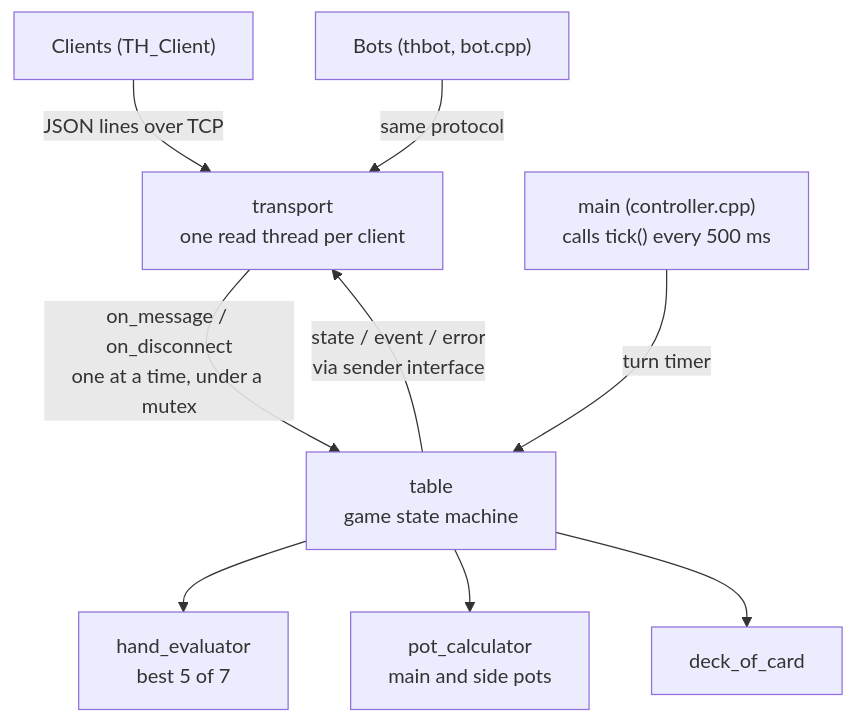
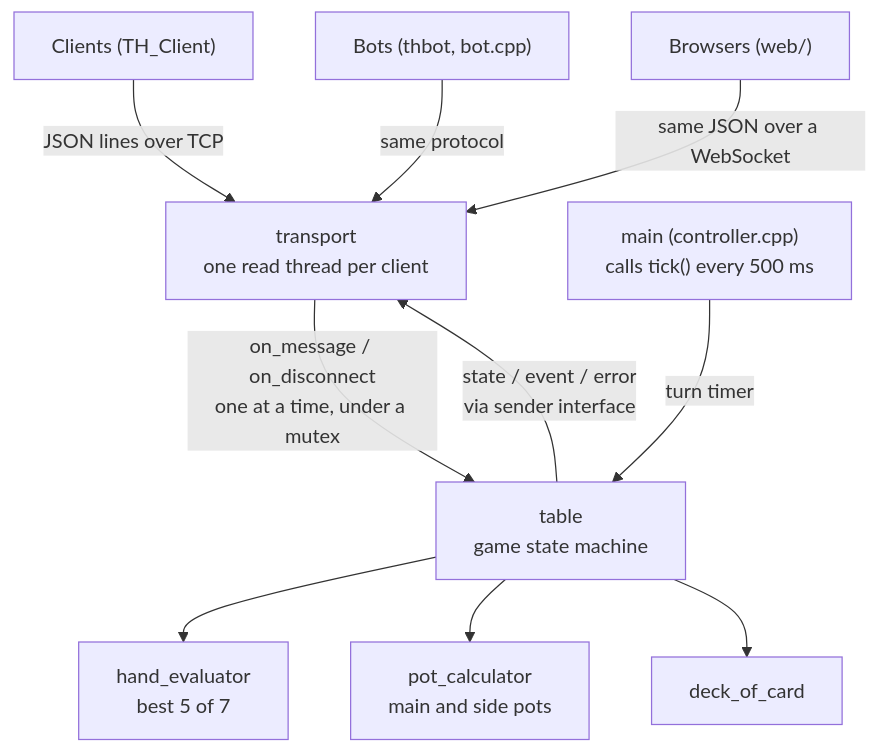
Before and after one commit to Bryan438/Texas_Holdem_1: the diagram in README.md, drawn with Mermaid. The commit also changed other lines of this file and 17 other files, not shown here.

````diff
--- a/README.md
+++ b/README.md
@@ -24,11 +24,12 @@
 ```mermaid
 flowchart TD
   A["Clients (TH_Client)"] -- "JSON lines over TCP" --> B["transport<br/>one read thread per client"]
   H["Bots (thbot, bot.cpp)"] -- "same protocol" --> B
+  W["Browsers (web/)"] -- "same JSON over a WebSocket" --> B
   B -- "on_message / on_disconnect<br/>one at a time, under a mutex" --> C["table<br/>game state machine"]
   C -- "state / event / error<br/>via sender interface" --> B
   C --> D["hand_evaluator<br/>best 5 of 7"]
   C --> E["pot_calculator<br/>main and side pots"]
   C --> F["deck_of_card"]
   G["main (controller.cpp)<br/>calls tick() every 500 ms"] -- "turn timer" --> C
 ```
````
